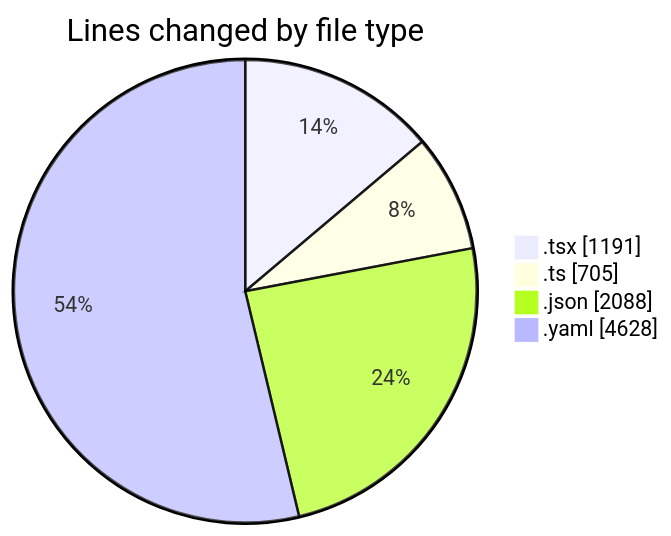
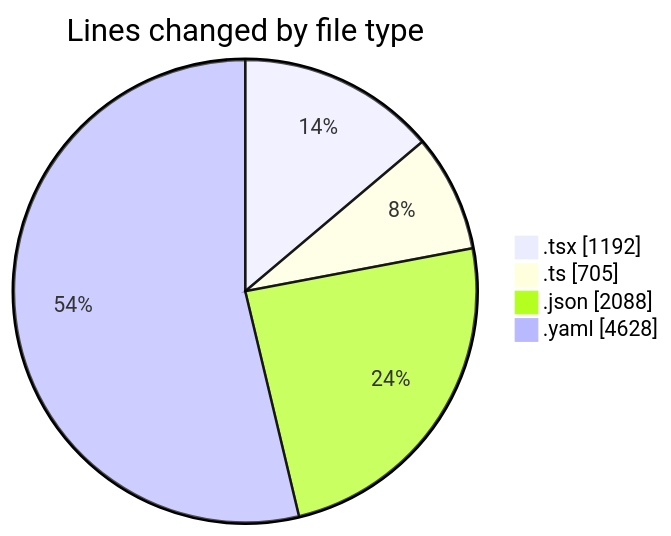
One commit to julien-gomy/code-tracking changed the first of 2 diagrams in 2025-10-31/eventscop-frontend-guide__workspace_/README.md. Above: the diagram before and after it, drawn with Mermaid. The commit also changed other lines of this file and 1 other file, not shown here.

````diff
--- a/2025-10-31/eventscop-frontend-guide__workspace_/README.md
+++ b/2025-10-31/eventscop-frontend-guide__workspace_/README.md
@@ -33,8 +33,8 @@
 ```mermaid
 pie showData
 title Lines changed by file type
-".tsx" : 1191
+".tsx" : 1192
 ".ts" : 705
 ".json" : 2088
 ".yaml" : 4628
 ```
````
